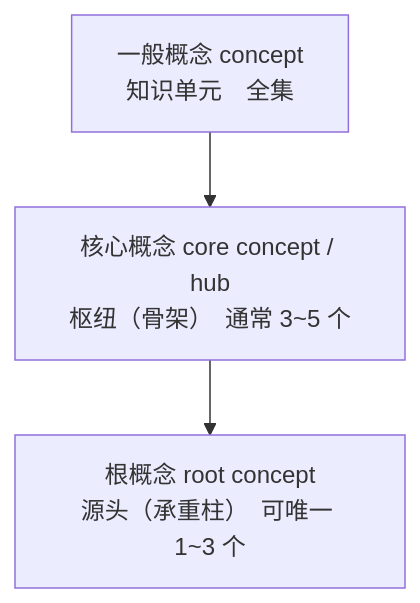
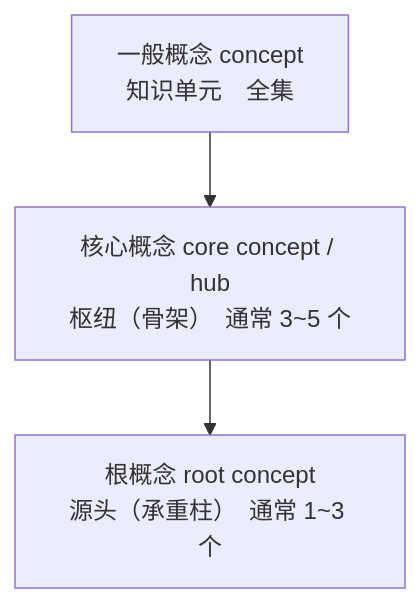
One commit to Yongjunzhou/AOS-system-design changed the first of 6 diagrams in 100-subprojects/01-系统工程研究/03-架构师是个怎样的物种/01-第1章-概念体系能力-学习能力的杠杆.md. Above: the diagram before and after it, drawn with Mermaid. The commit also changed other lines of this file and 27 other files, not shown here.

````diff
--- a/100-subprojects/01-系统工程研究/03-架构师是个怎样的物种/01-第1章-概念体系能力-学习能力的杠杆.md
+++ b/100-subprojects/01-系统工程研究/03-架构师是个怎样的物种/01-第1章-概念体系能力-学习能力的杠杆.md
@@ -107,5 +106,5 @@
 ```mermaid
 flowchart TD
     A["一般概念 concept<br/>知识单元　全集"] --> B["核心概念 core concept / hub<br/>枢纽（骨架）　通常 3~5 个"]
-    B --> C["根概念 root concept<br/>源头（承重柱）　可唯一 1~3 个"]
+    B --> C["根概念 root concept<br/>源头（承重柱）　通常 1~3 个"]
 ```
````
